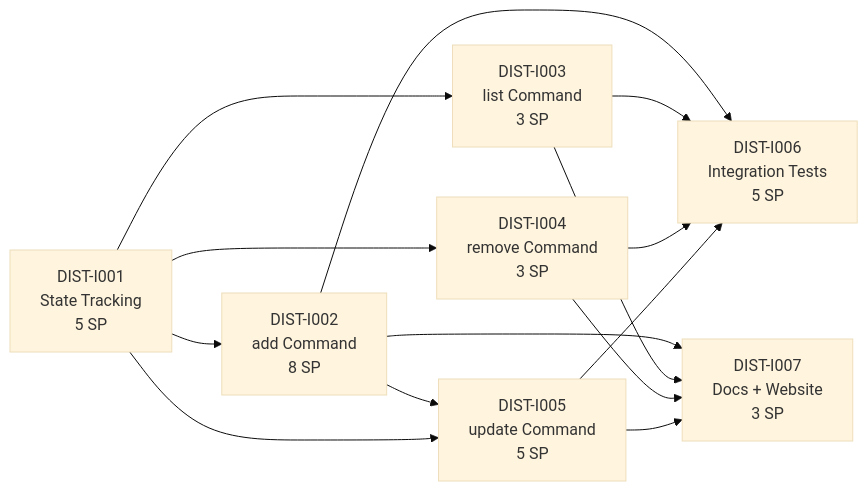
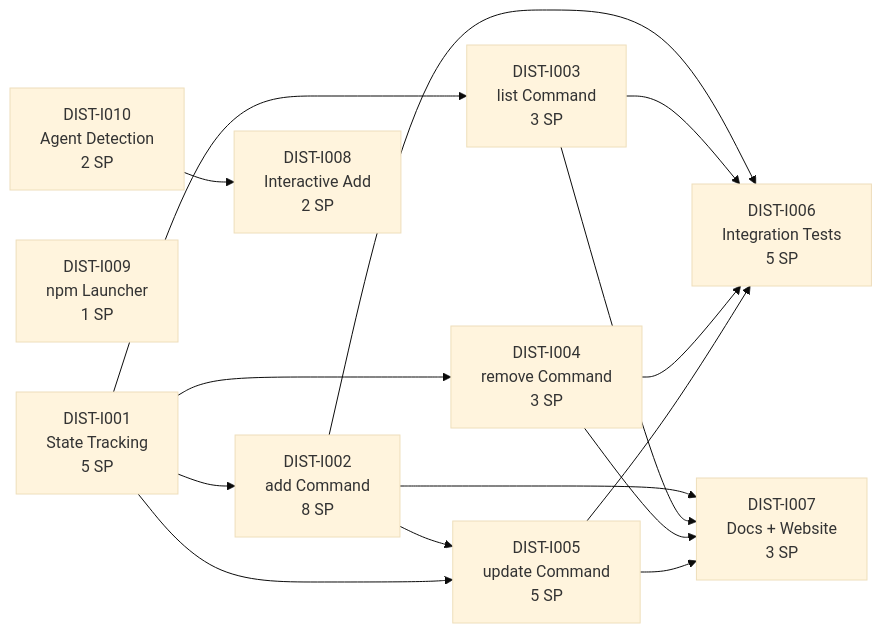
The diagram in .constitution/tasks/critical-path.md (Tuvren/skillprism), drawn with Mermaid (base theme) before and after one commit. The commit also changed other lines of this file and 53 other files, not shown here.

````diff
--- a/.constitution/tasks/critical-path.md
+++ b/.constitution/tasks/critical-path.md
@@ -22,24 +24,28 @@
 ```mermaid
 flowchart LR
     I001[DIST-I001<br/>State Tracking<br/>5 SP]
     I002[DIST-I002<br/>add Command<br/>8 SP]
     I003[DIST-I003<br/>list Command<br/>3 SP]
     I004[DIST-I004<br/>remove Command<br/>3 SP]
     I005[DIST-I005<br/>update Command<br/>5 SP]
     I006[DIST-I006<br/>Integration Tests<br/>5 SP]
     I007[DIST-I007<br/>Docs + Website<br/>3 SP]
+    I008[DIST-I008<br/>Interactive Add<br/>2 SP]
+    I009[DIST-I009<br/>npm Launcher<br/>1 SP]
+    I010[DIST-I010<br/>Agent Detection<br/>2 SP]
 
     I001 --> I002
     I001 --> I003
     I001 --> I004
     I002 --> I005
     I001 --> I005
     I002 --> I006
     I003 --> I006
     I004 --> I006
     I005 --> I006
     I002 --> I007
     I003 --> I007
     I004 --> I007
     I005 --> I007
+    I010 --> I008
 ```
````
